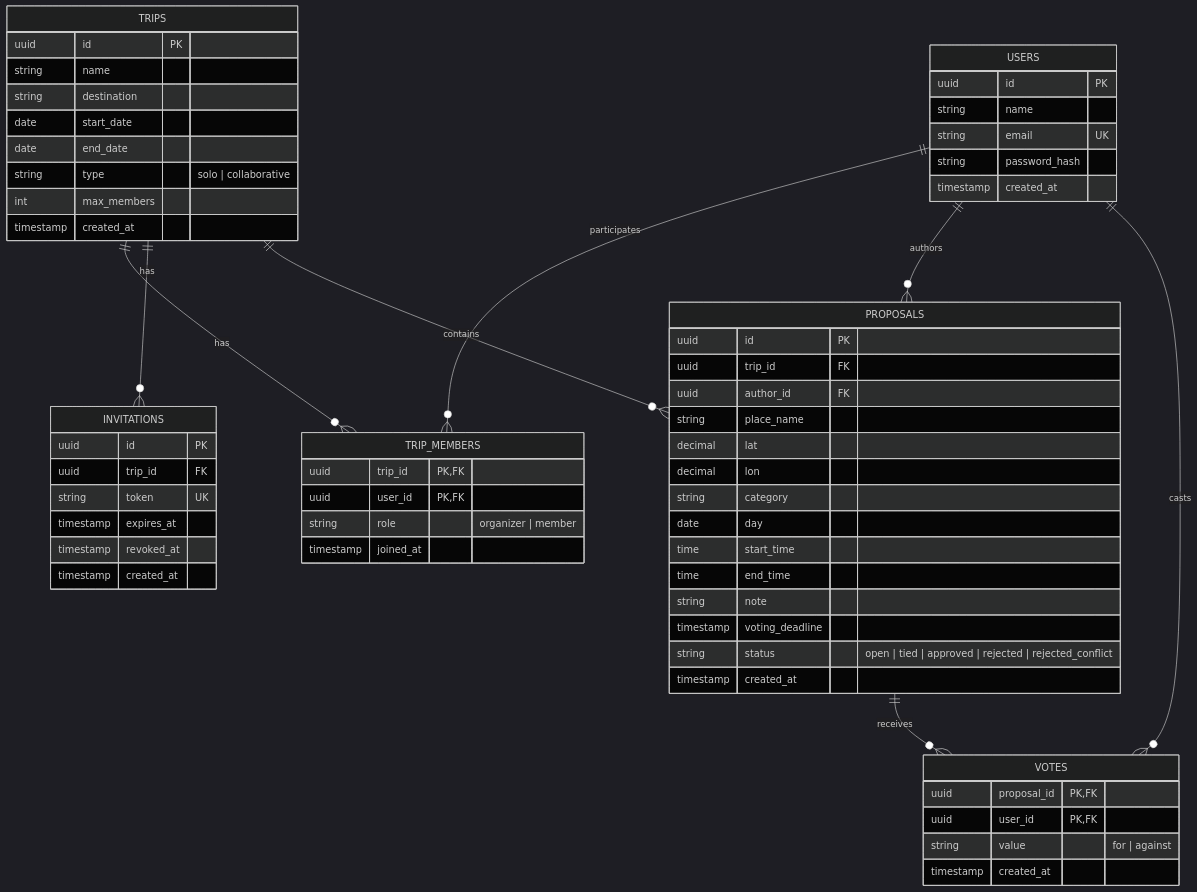
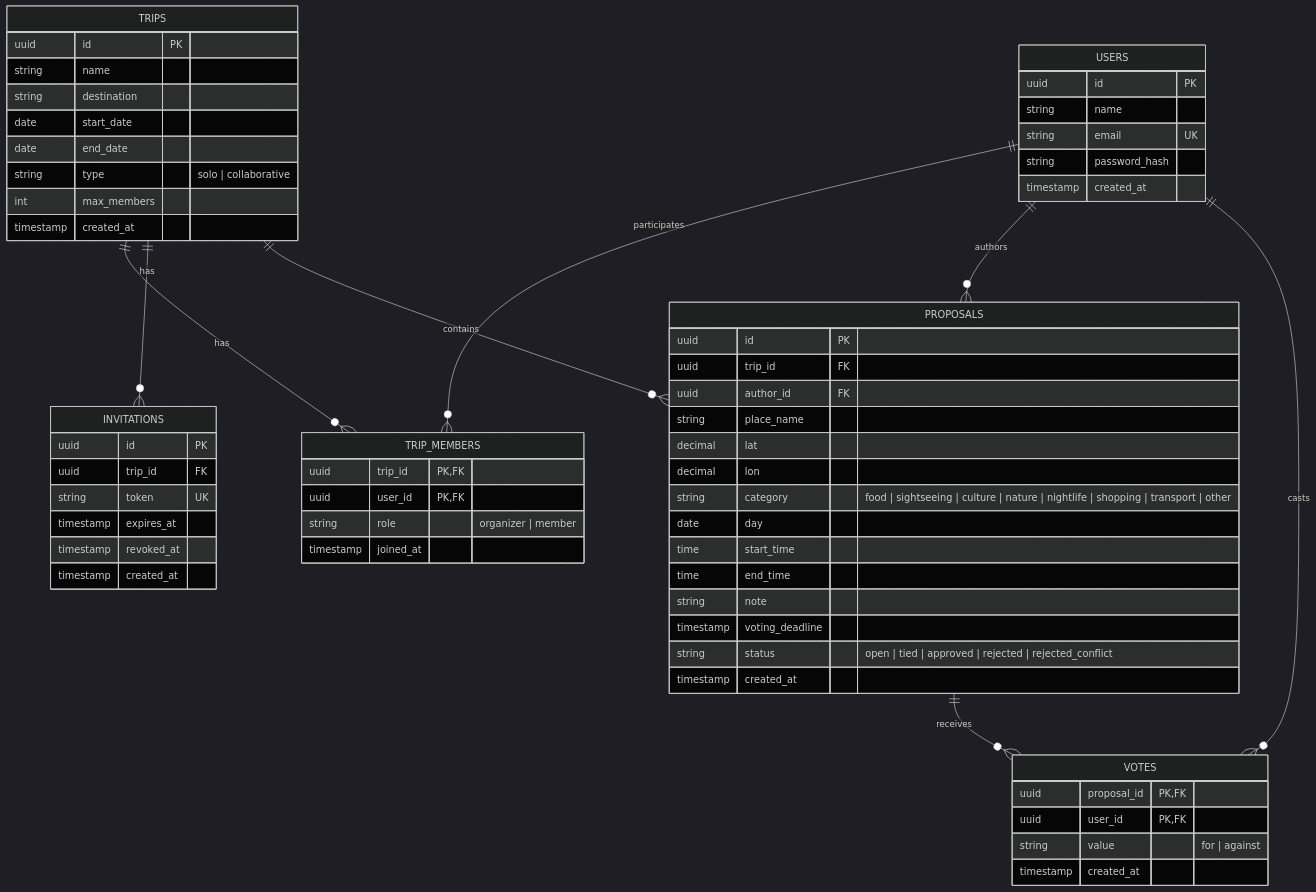
The diagram in docs/03-er-model.md (Berny33/mapmates), drawn with Mermaid (dark theme) before and after one commit. The commit also changed other lines of this file, not shown here.

````diff
--- a/docs/03-er-model.md
+++ b/docs/03-er-model.md
@@ -5,64 +5,64 @@
 ```mermaid
 erDiagram
     USERS ||--o{ TRIP_MEMBERS : "participates"
     TRIPS ||--o{ TRIP_MEMBERS : "has"
     TRIPS ||--o{ INVITATIONS : "has"
     TRIPS ||--o{ PROPOSALS : "contains"
     USERS ||--o{ PROPOSALS : "authors"
     PROPOSALS ||--o{ VOTES : "receives"
     USERS ||--o{ VOTES : "casts"
 
     USERS {
         uuid id PK
         string name
         string email UK
         string password_hash
         timestamp created_at
     }
     TRIPS {
         uuid id PK
         string name
         string destination
         date start_date
         date end_date
         string type "solo | collaborative"
         int max_members
         timestamp created_at
     }
     TRIP_MEMBERS {
         uuid trip_id PK, FK
         uuid user_id PK, FK
         string role "organizer | member"
         timestamp joined_at
     }
     INVITATIONS {
         uuid id PK
         uuid trip_id FK
         string token UK
         timestamp expires_at
         timestamp revoked_at
         timestamp created_at
     }
     PROPOSALS {
         uuid id PK
         uuid trip_id FK
         uuid author_id FK
         string place_name
         decimal lat
         decimal lon
-        string category
+        string category "food | sightseeing | culture | nature | nightlife | shopping | transport | other"
         date day
         time start_time
         time end_time
         string note
         timestamp voting_deadline
         string status "open | tied | approved | rejected | rejected_conflict"
         timestamp created_at
     }
     VOTES {
         uuid proposal_id PK, FK
         uuid user_id PK, FK
         string value "for | against"
         timestamp created_at
     }
 ```
````
